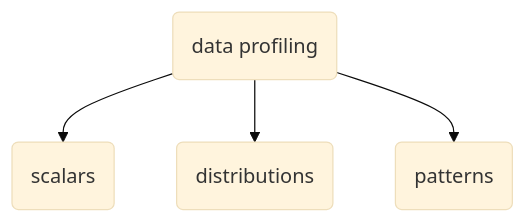
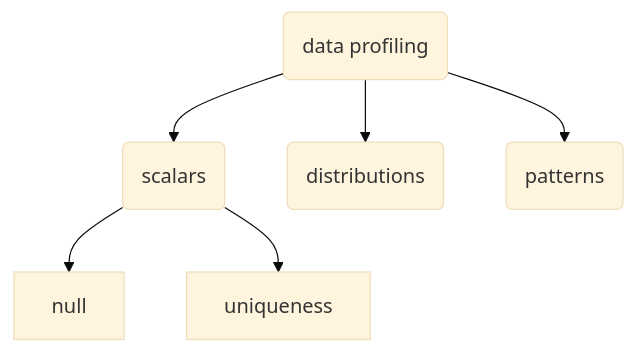
The second of 2 diagrams in data_profiling_notes.md (a4lamber/EHRsdata-profiling), drawn with Mermaid (base theme) before and after one commit. The commit also changed other lines of this file and 2 other files, not shown here.

````diff
--- a/data_profiling_notes.md
+++ b/data_profiling_notes.md
@@ -22,4 +38,5 @@
 ```mermaid
 flowchart TD
 a("data profiling") --> b("scalars") & c("distributions") & d("patterns")
+b --> null & uniqueness
 ```
````
